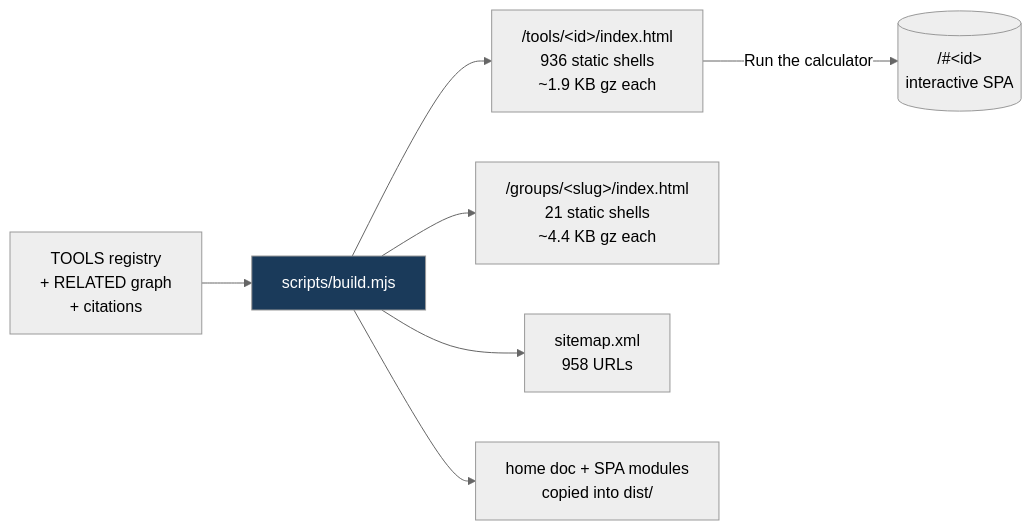
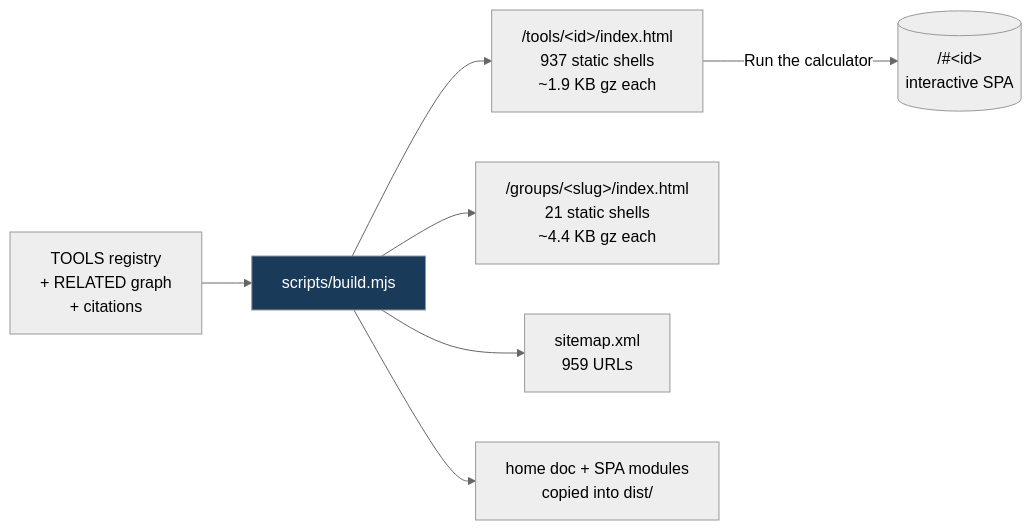
Before and after one commit to clay-good/roughlogic.com: the fifth of 8 diagrams in README.md, drawn with Mermaid (neutral theme). The commit also changed other lines of this file and 17 other files, not shown here.

````diff
--- a/README.md
+++ b/README.md
@@ -495,10 +495,10 @@
 ```mermaid
 flowchart LR
     SRC[TOOLS registry\n+ RELATED graph\n+ citations] --> BUILD[scripts/build.mjs]
-    BUILD --> TILE["/tools/&lt;id&gt;/index.html\n936 static shells\n~1.9 KB gz each"]
+    BUILD --> TILE["/tools/&lt;id&gt;/index.html\n937 static shells\n~1.9 KB gz each"]
     BUILD --> GROUP["/groups/&lt;slug&gt;/index.html\n21 static shells\n~4.4 KB gz each"]
-    BUILD --> MAP["sitemap.xml\n958 URLs"]
+    BUILD --> MAP["sitemap.xml\n959 URLs"]
     BUILD --> COPY[home doc + SPA modules\ncopied into dist/]
     TILE -->|Run the calculator| SPA[("/#&lt;id&gt;\ninteractive SPA")]
     style BUILD fill:#1a3a5a,color:#fff
 ```
````
